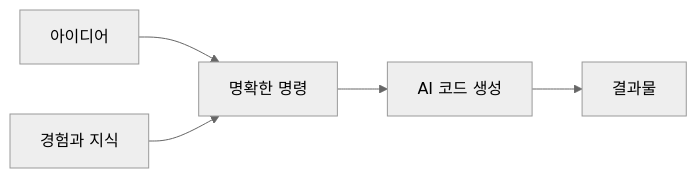
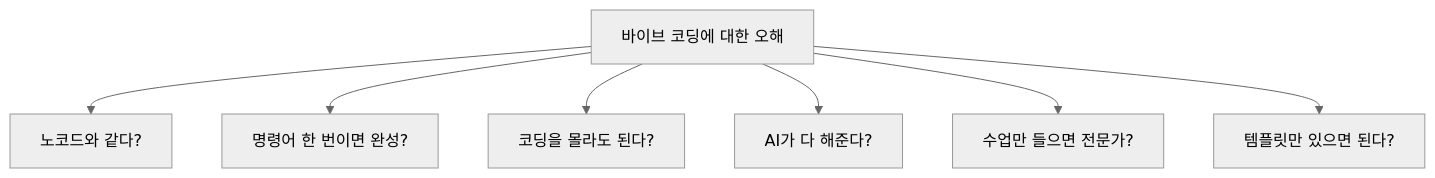
The first of 4 diagrams in _md/essentials-vibecoding/chapter01/01-5.md (nugurejeil/weniVooks), drawn with Mermaid (neutral theme) before and after one commit. The commit also changed other lines of this file and 5 other files, not shown here.

````diff
--- a/_md/essentials-vibecoding/chapter01/01-5.md
+++ b/_md/essentials-vibecoding/chapter01/01-5.md
@@ -13,8 +13,9 @@
 ```mermaid
-flowchart LR
-    A["아이디어"] --> B["명확한 명령"]
-    B --> C["AI 코드 생성"]
-    C --> D["결과물"]
-
-    E["경험과 지식"] --> B
+flowchart TD
+    A["바이브 코딩에 대한 오해"] --> B["노코드와 같다?"]
+    A --> C["명령어 한 번이면 완성?"]
+    A --> D["코딩을 몰라도 된다?"]
+    A --> E["AI가 다 해준다?"]
+    A --> F["수업만 들으면 전문가?"]
+    A --> G["템플릿만 있으면 된다?"]
 ```
````
